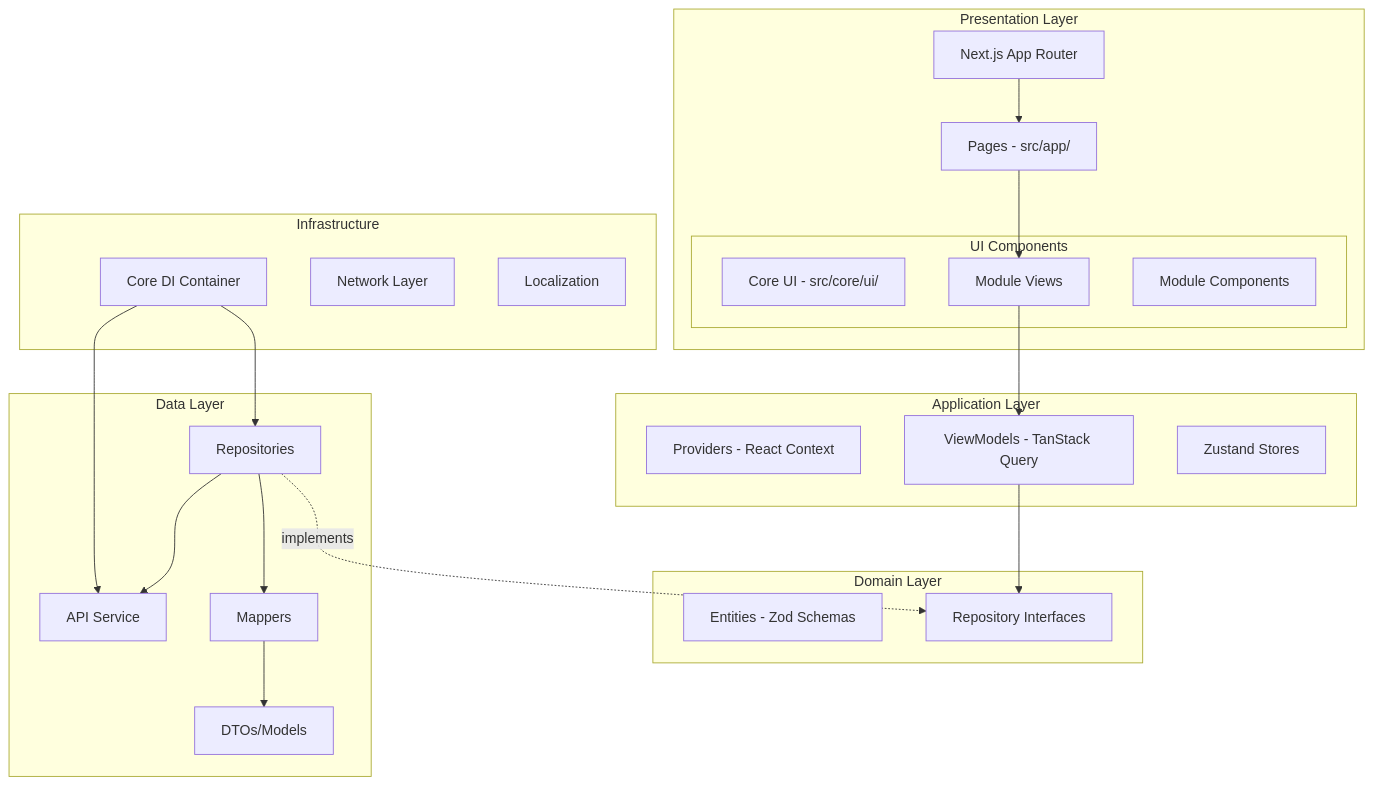
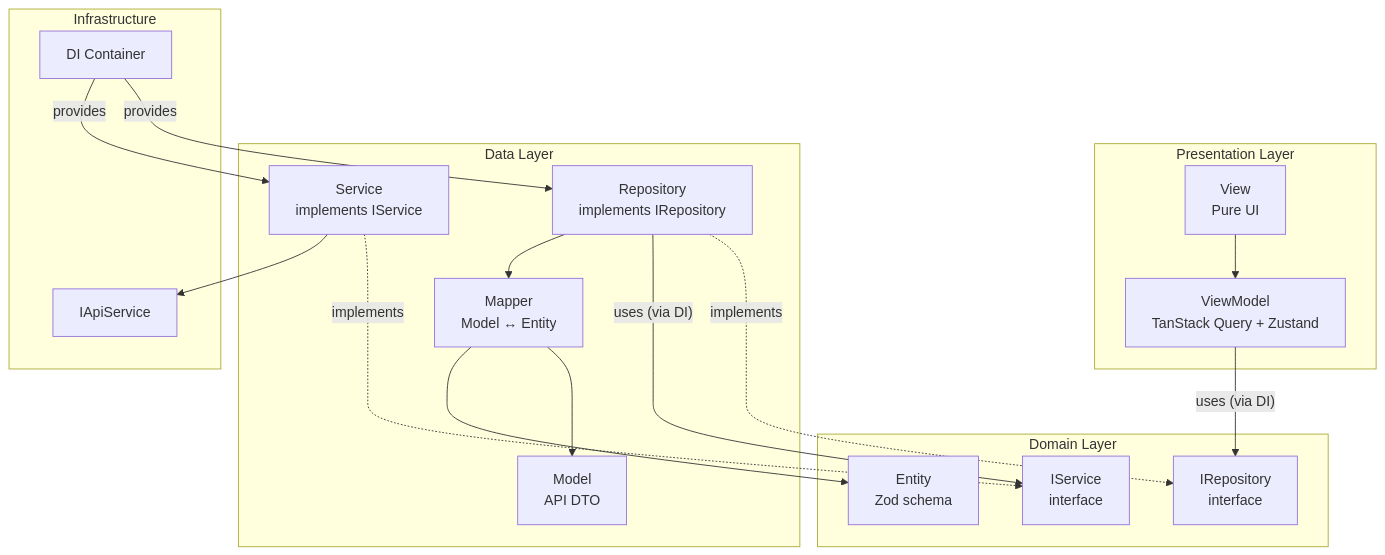
The first of 3 diagrams in .rules/architecture.md (SCRIPE-org/SCRIPE-Frontend), drawn with Mermaid before and after one commit. The commit also changed other lines of this file and 2 other files, not shown here.

Commit message:
docs: Add architectural guidelines for dependency injection patterns, layer boundaries, and overall application structure.

````diff
--- a/.rules/architecture.md
+++ b/.rules/architecture.md
@@ -21,48 +22,37 @@
 ```mermaid
-graph TB
+graph TD
     subgraph "Presentation Layer"
-        NEXTJS[Next.js App Router]
-        PAGES[Pages - src/app/]
-        
-        subgraph "UI Components"
-            CORE_UI[Core UI - src/core/ui/]
-            MOD_VIEWS[Module Views]
-            MOD_COMP[Module Components]
-        end
-    end
-    
-    subgraph "Application Layer"
-        PROVIDERS[Providers - React Context]
-        VIEWMODELS[ViewModels - TanStack Query]
-        STORES[Zustand Stores]
+        V[View<br/>Pure UI]
+        VM[ViewModel<br/>TanStack Query + Zustand]
     end
     
     subgraph "Domain Layer"
-        ENTITIES[Entities - Zod Schemas]
-        INTERFACES[Repository Interfaces]
+        IR[IRepository<br/>interface]
+        IS[IService<br/>interface]
+        E[Entity<br/>Zod schema]
     end
     
     subgraph "Data Layer"
-        REPOS[Repositories]
-        MAPPERS[Mappers]
-        DTOS[DTOs/Models]
-        API[API Service]
+        R[Repository<br/>implements IRepository]
+        S[Service<br/>implements IService]
+        M[Model<br/>API DTO]
+        MAP[Mapper<br/>Model ↔ Entity]
     end
     
     subgraph "Infrastructure"
-        CORE_DI[Core DI Container]
-        NETWORK[Network Layer]
-        LOCALES[Localization]
+        API[IApiService]
+        DI[DI Container]
     end
     
-    NEXTJS --> PAGES
-    PAGES --> MOD_VIEWS
-    MOD_VIEWS --> VIEWMODELS
-    VIEWMODELS --> INTERFACES
-    REPOS -.implements.-> INTERFACES
-    REPOS --> MAPPERS
-    MAPPERS --> DTOS
-    REPOS --> API
-    CORE_DI --> REPOS
-    CORE_DI --> API
+    V --> VM
+    VM -->|"uses (via DI)"| IR
+    R -.implements.-> IR
+    R -->|"uses (via DI)"| IS
+    S -.implements.-> IS
+    S --> API
+    R --> MAP
+    MAP --> M
+    MAP --> E
+    DI -->|provides| R
+    DI -->|provides| S
 ```
````
